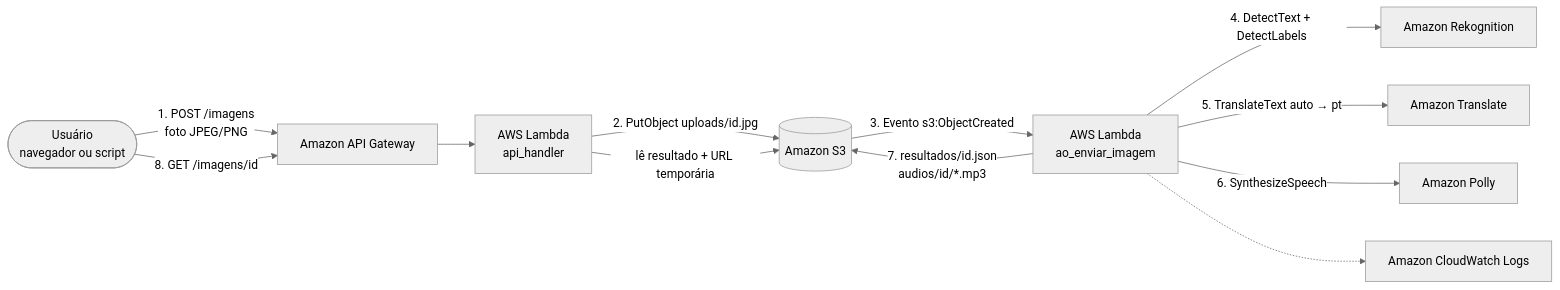
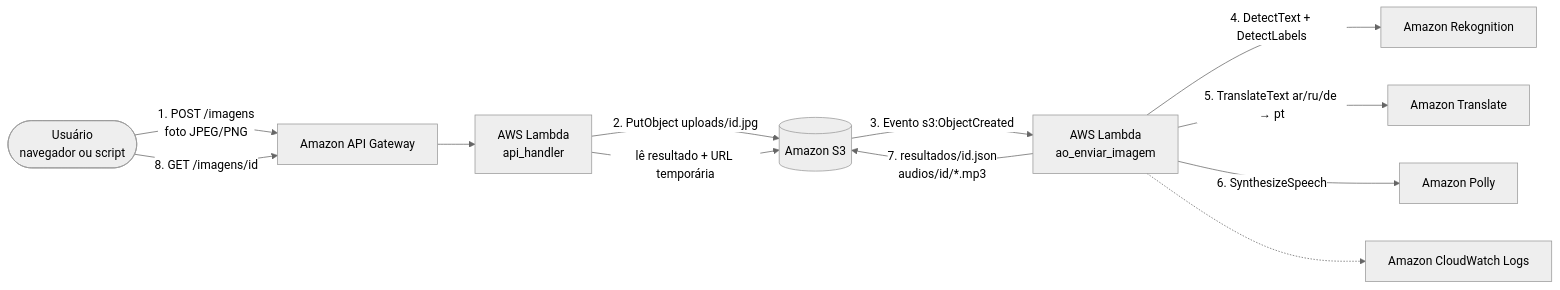
One commit to DaviFPassos/chalice_aws changed the diagram in docs/arquitetura.md. Above: the diagram before and after it, drawn with Mermaid (neutral theme). The commit also changed other lines of this file and 8 other files, not shown here.

First line of the commit message:
Detecta o idioma da placa pelo alfabeto em vez de usar o modo auto do Translate

````diff
--- a/docs/arquitetura.md
+++ b/docs/arquitetura.md
@@ -9,14 +9,14 @@
 ```mermaid
 flowchart LR
     U([Usuário<br/>navegador ou script]) -->|1. POST /imagens<br/>foto JPEG/PNG| APIGW[Amazon API Gateway]
     APIGW --> L1[AWS Lambda<br/>api_handler]
     L1 -->|2. PutObject uploads/id.jpg| S3[(Amazon S3)]
     S3 -->|3. Evento s3:ObjectCreated| L2[AWS Lambda<br/>ao_enviar_imagem]
     L2 -->|4. DetectText + DetectLabels| REK[Amazon Rekognition]
-    L2 -->|5. TranslateText auto → pt| TR[Amazon Translate]
+    L2 -->|5. TranslateText ar/ru/de → pt| TR[Amazon Translate]
     L2 -->|6. SynthesizeSpeech| PO[Amazon Polly]
     L2 -->|7. resultados/id.json<br/>audios/id/*.mp3| S3
     U -->|8. GET /imagens/id| APIGW
     L1 -->|lê resultado + URL temporária| S3
     L2 -.-> CW[Amazon CloudWatch Logs]
 ```
````
